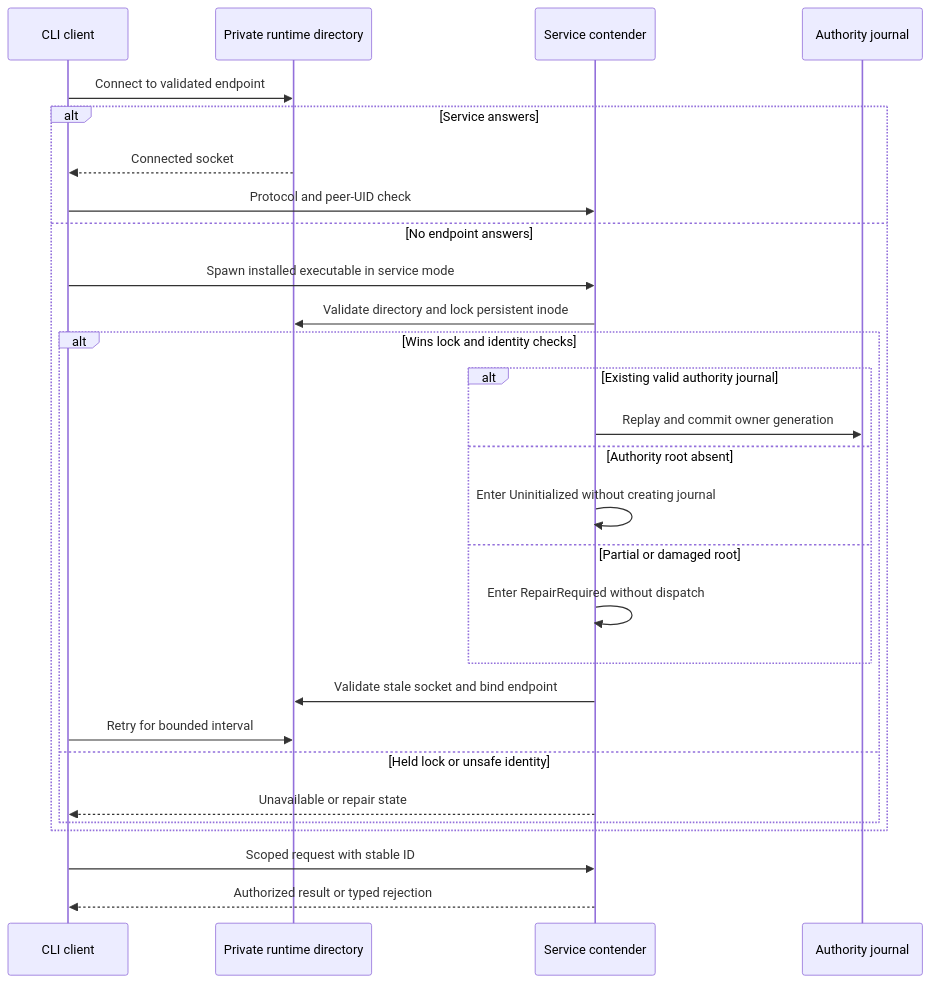
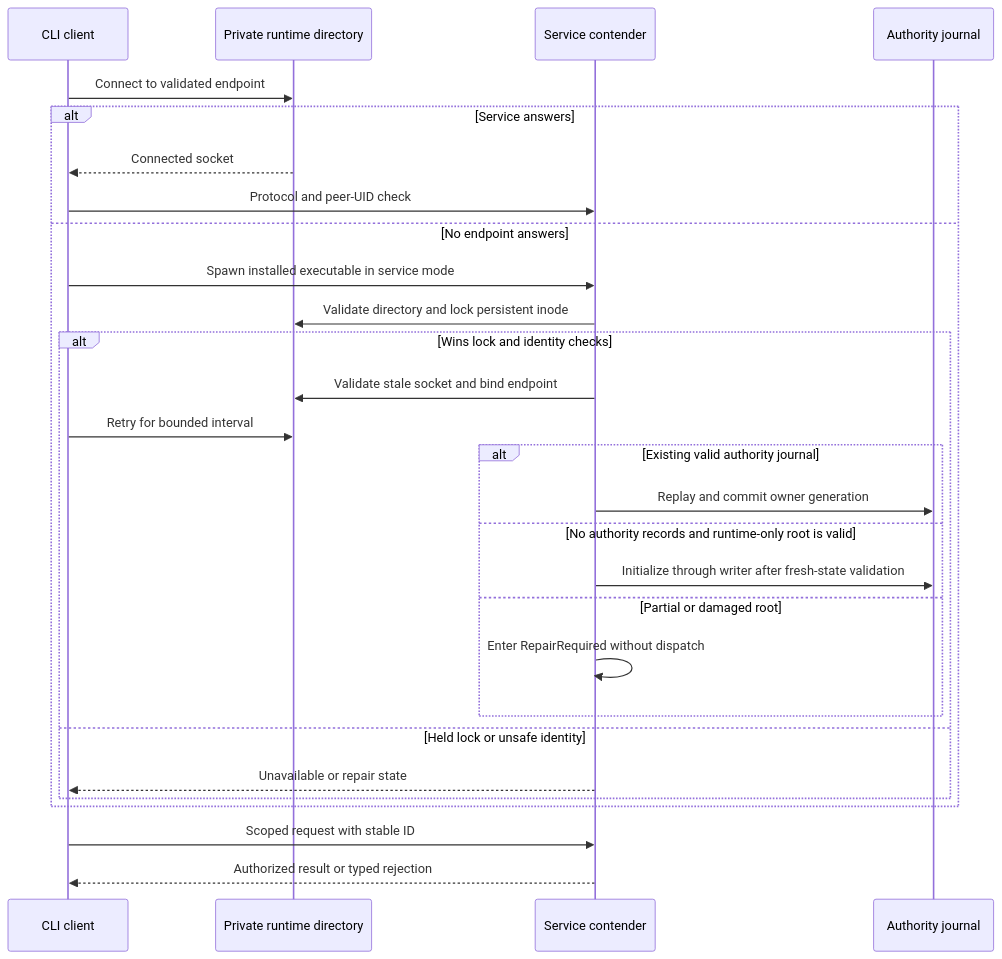
Before and after one commit to pidster/asura: the second of 5 diagrams in docs/designs/system-architecture.md, drawn with Mermaid. The commit also changed other lines of this file and 246 other files, not shown here.

````diff
--- a/docs/designs/system-architecture.md
+++ b/docs/designs/system-architecture.md
@@ -106,30 +114,30 @@
 ```mermaid
 sequenceDiagram
     participant C as CLI client
     participant R as Private runtime directory
     participant S as Service contender
     participant J as Authority journal
     C->>R: Connect to validated endpoint
     alt Service answers
         R-->>C: Connected socket
         C->>S: Protocol and peer-UID check
     else No endpoint answers
         C->>S: Spawn installed executable in service mode
         S->>R: Validate directory and lock persistent inode
         alt Wins lock and identity checks
+            S->>R: Validate stale socket and bind endpoint
+            C->>R: Retry for bounded interval
             alt Existing valid authority journal
                 S->>J: Replay and commit owner generation
-            else Authority root absent
-                S->>S: Enter Uninitialized without creating journal
+            else No authority records and runtime-only root is valid
+                S->>J: Initialize through writer after fresh-state validation
             else Partial or damaged root
                 S->>S: Enter RepairRequired without dispatch
             end
-            S->>R: Validate stale socket and bind endpoint
-            C->>R: Retry for bounded interval
         else Held lock or unsafe identity
             S-->>C: Unavailable or repair state
         end
     end
     C->>S: Scoped request with stable ID
     S-->>C: Authorized result or typed rejection
 ```
````
